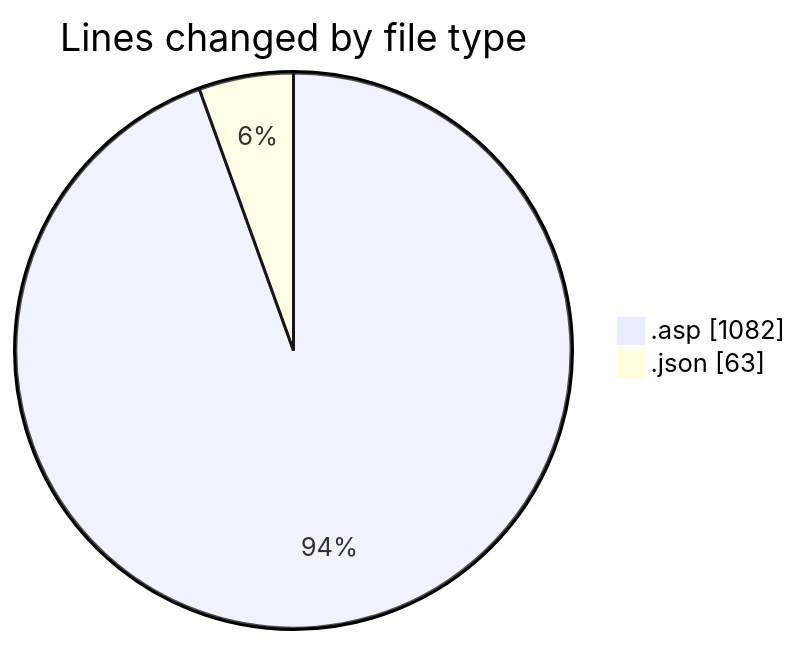
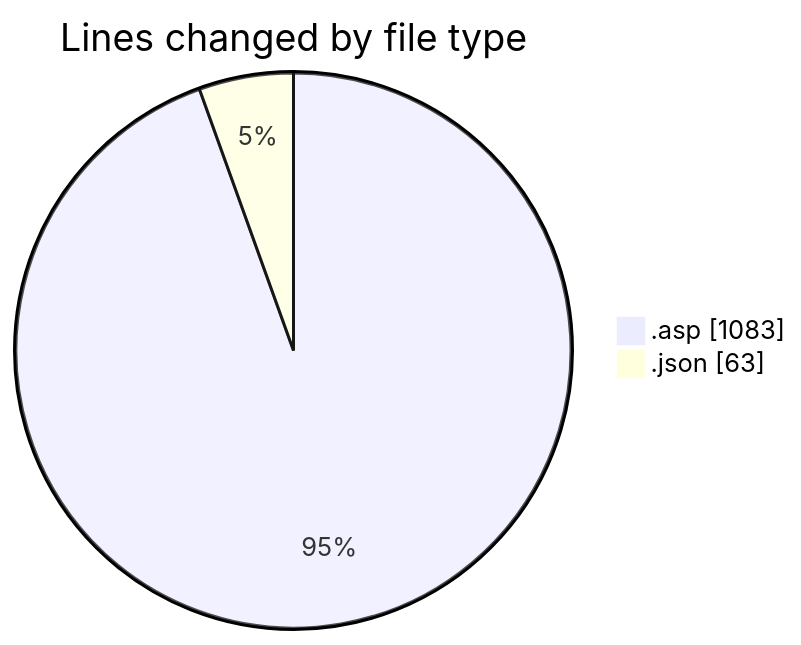
The first of 2 diagrams in 2025-10-20/usr_aleoudev_fr__workspace_/README.md (julien-gomy/code-tracking), drawn with Mermaid before and after one commit. The commit also changed other lines of this file and 1 other file, not shown here.

````diff
--- a/2025-10-20/usr_aleoudev_fr__workspace_/README.md
+++ b/2025-10-20/usr_aleoudev_fr__workspace_/README.md
@@ -23,6 +23,6 @@
 ```mermaid
 pie showData
 title Lines changed by file type
-".asp" : 1082
+".asp" : 1083
 ".json" : 63
 ```
````
